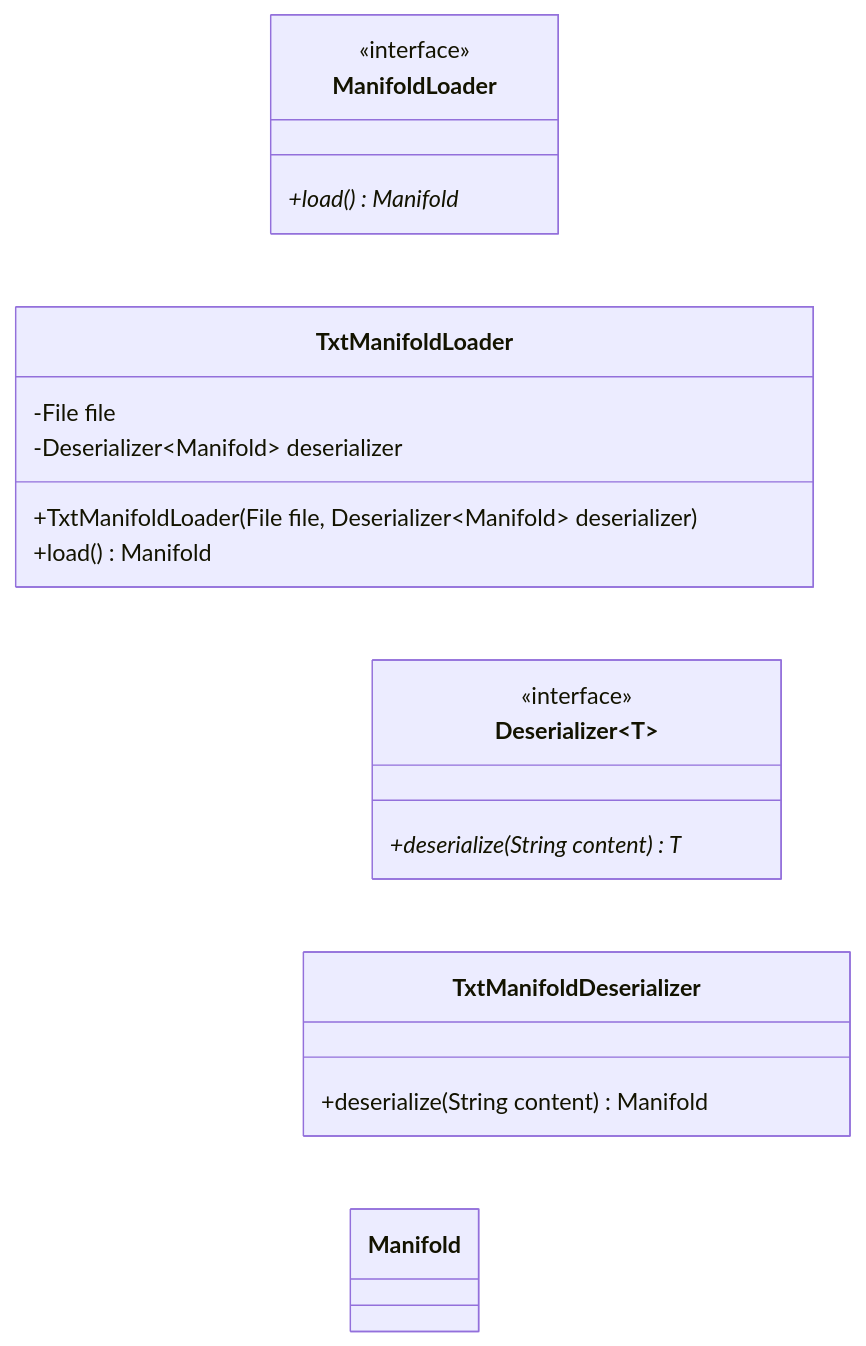
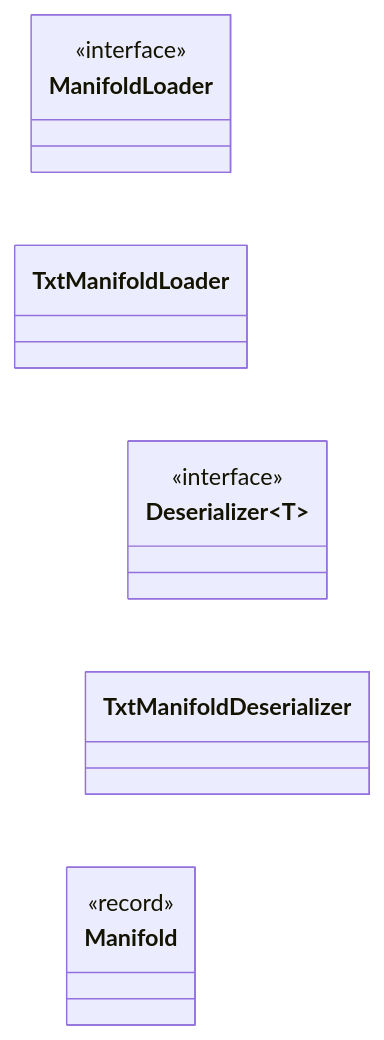
Before and after one commit to lauraheerrera/aoc2025: the diagram in UML diagrams/uml_day07_io.md, drawn with Mermaid. The commit also changed 76 other files, not shown here.

````diff
--- a/UML diagrams/uml_day07_io.md
+++ b/UML diagrams/uml_day07_io.md
@@ -3,33 +3,25 @@
 ```mermaid
 %%{init: { 'themeVariables': { 'lineColor': '#FFFFFF' } } }%%
 classDiagram
     direction TB
     class ManifoldLoader {
         <<interface>>
-        +load()* Manifold
     }
     class Deserializer~T~ {
         <<interface>>
-        +deserialize(String content)* T
     }
     class TxtManifoldLoader {
-        -File file
-        -Deserializer~Manifold~ deserializer
-        +TxtManifoldLoader(File file, Deserializer~Manifold~ deserializer)
-        +load() Manifold
     }
     class TxtManifoldDeserializer {
-        +deserialize(String content) Manifold
     }
     class Manifold {
+        <<record>>
     }
  
-    %% Implementaciones de interfaces
     ManifoldLoader <|.. TxtManifoldLoader
     Deserializer <|.. TxtManifoldDeserializer
  
-    %% Dependencias del cargador y deserializador
     TxtManifoldLoader --> Deserializer~Manifold~
     TxtManifoldLoader ..> Manifold
     TxtManifoldDeserializer ..> Manifold
 ```
````
